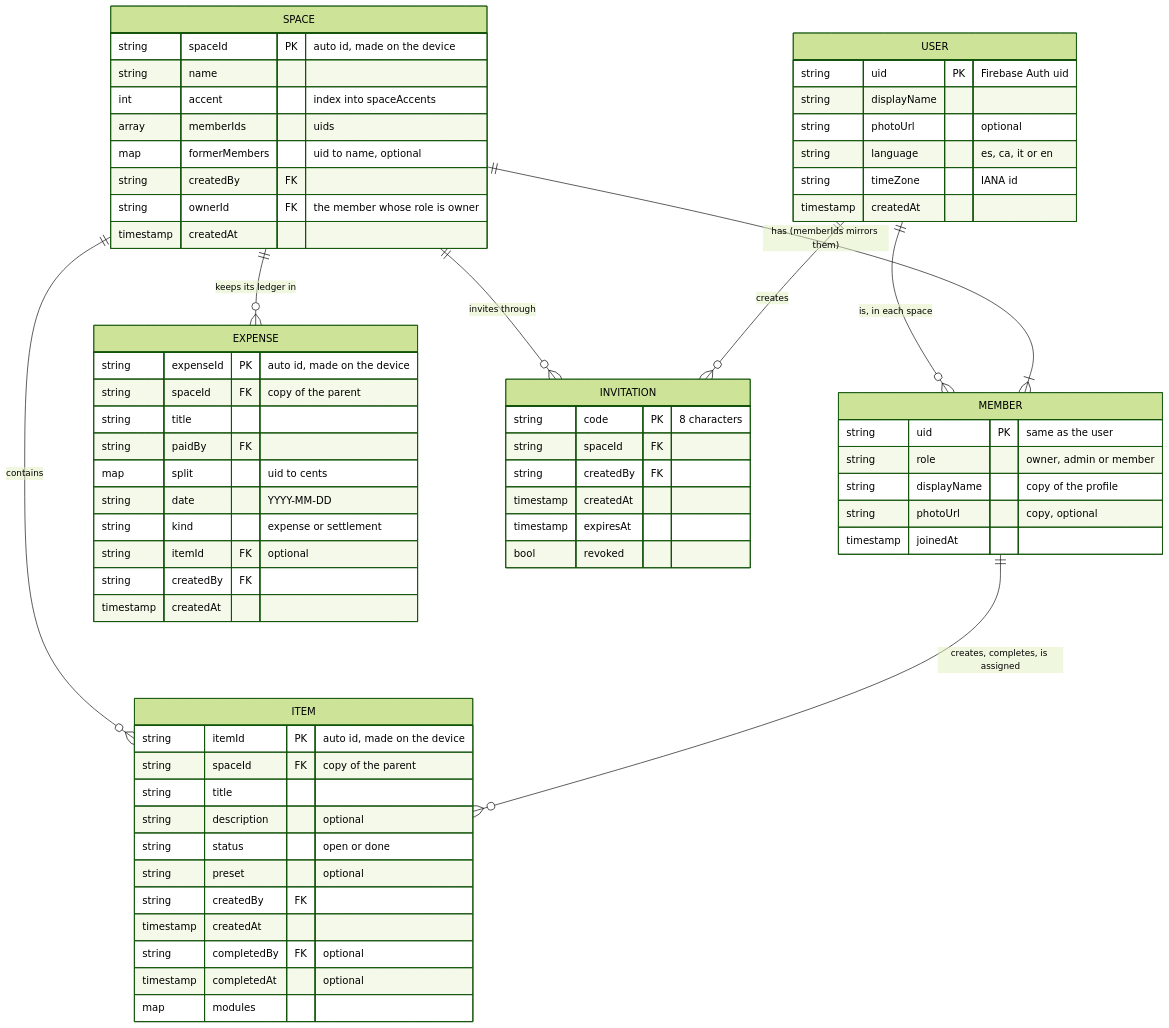
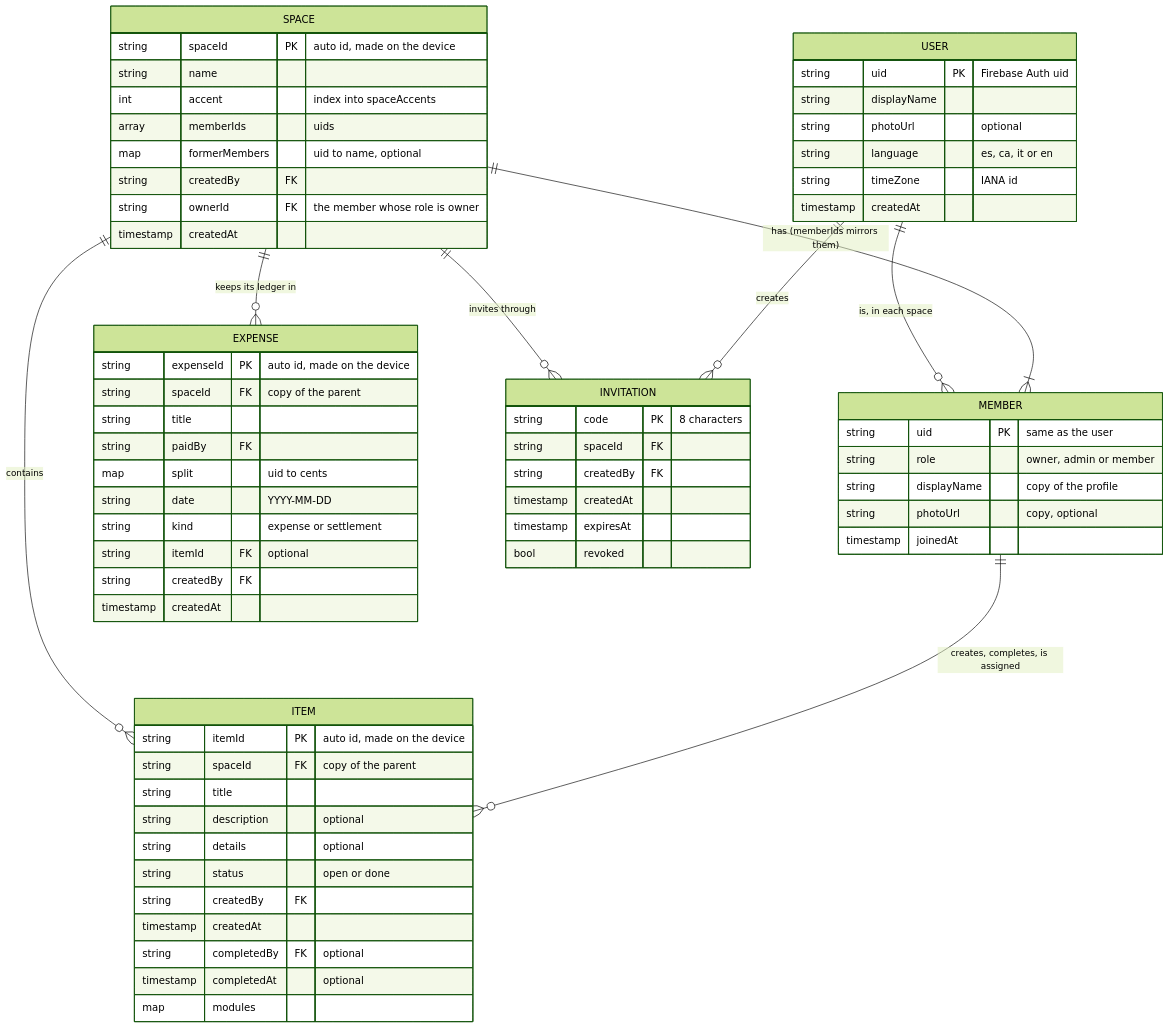
The diagram in docs/data/firestore-schema.md (Erkko68/orbit), drawn with Mermaid (forest theme) before and after one commit. The commit also changed other lines of this file and 314 other files, not shown here.

````diff
--- a/docs/data/firestore-schema.md
+++ b/docs/data/firestore-schema.md
@@ -7,69 +7,69 @@
 ```mermaid
 erDiagram
     USER ||--o{ MEMBER : "is, in each space"
     SPACE ||--|{ MEMBER : "has (memberIds mirrors them)"
     SPACE ||--o{ ITEM : contains
     SPACE ||--o{ EXPENSE : "keeps its ledger in"
     SPACE ||--o{ INVITATION : "invites through"
     USER ||--o{ INVITATION : creates
     MEMBER ||--o{ ITEM : "creates, completes, is assigned"
 
     USER {
         string uid PK "Firebase Auth uid"
         string displayName
         string photoUrl "optional"
         string language "es, ca, it or en"
         string timeZone "IANA id"
         timestamp createdAt
     }
     SPACE {
         string spaceId PK "auto id, made on the device"
         string name
         int accent "index into spaceAccents"
         array memberIds "uids"
         map formerMembers "uid to name, optional"
         string createdBy FK
         string ownerId FK "the member whose role is owner"
         timestamp createdAt
     }
     MEMBER {
         string uid PK "same as the user"
         string role "owner, admin or member"
         string displayName "copy of the profile"
         string photoUrl "copy, optional"
         timestamp joinedAt
     }
     ITEM {
         string itemId PK "auto id, made on the device"
         string spaceId FK "copy of the parent"
         string title
         string description "optional"
+        string details "optional"
         string status "open or done"
-        string preset "optional"
         string createdBy FK
         timestamp createdAt
         string completedBy FK "optional"
         timestamp completedAt "optional"
         map modules
     }
     EXPENSE {
         string expenseId PK "auto id, made on the device"
         string spaceId FK "copy of the parent"
         string title
         string paidBy FK
         map split "uid to cents"
         string date "YYYY-MM-DD"
         string kind "expense or settlement"
         string itemId FK "optional"
         string createdBy FK
         timestamp createdAt
     }
     INVITATION {
         string code PK "8 characters"
         string spaceId FK
         string createdBy FK
         timestamp createdAt
         timestamp expiresAt
         bool revoked
     }
 ```
````
